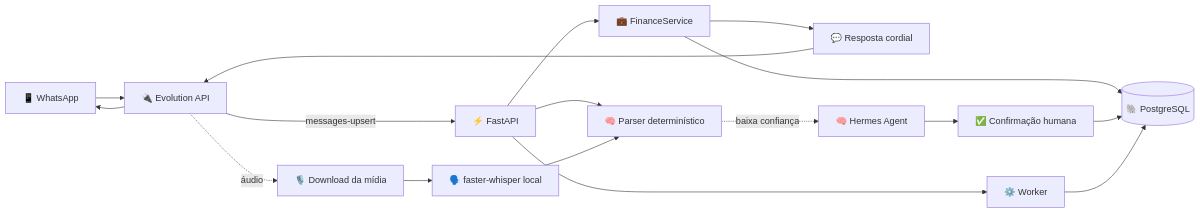
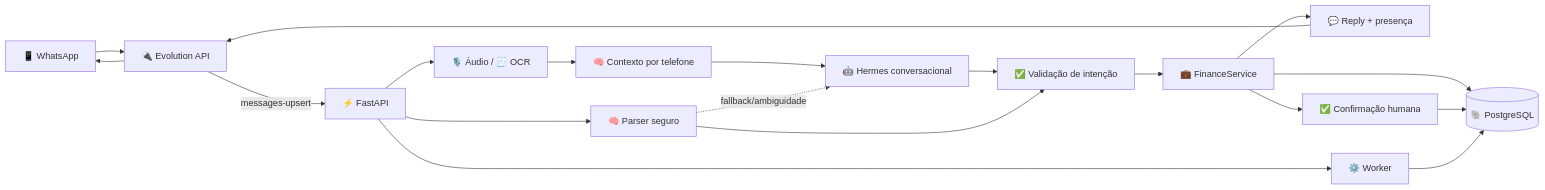
Before and after one commit to DevFbz/CofrinIA---Agente-Financeiro: the diagram in README.md, drawn with Mermaid. The commit also changed other lines of this file and 21 other files, not shown here.

````diff
--- a/README.md
+++ b/README.md
@@ -82,20 +84,21 @@
 ```mermaid
 flowchart LR
     W[📱 WhatsApp] --> E[🔌 Evolution API]
     E -->|messages-upsert| A[⚡ FastAPI]
-    A --> P[🧠 Parser determinístico]
-    A --> S[💼 FinanceService]
+    A --> M[🎙️ Áudio / 🧾 OCR]
+    M --> C[🧠 Contexto por telefone]
+    A --> P[🧠 Parser seguro]
+    C --> H[🤖 Hermes conversacional]
+    P -. fallback/ambiguidade .-> H
+    H --> V[✅ Validação de intenção]
+    P --> V
+    V --> S[💼 FinanceService]
     S --> D[(🐘 PostgreSQL)]
-    S --> R[💬 Resposta cordial]
+    S --> R[💬 Reply + presença]
     R --> E
     E --> W
-
-    E -. áudio .-> M[🎙️ Download da mídia]
-    M --> T[🗣️ faster-whisper local]
-    T --> P
-    P -. baixa confiança .-> H[🧠 Hermes Agent]
-    H --> C[✅ Confirmação humana]
-    C --> D
+    S --> CFM[✅ Confirmação humana]
+    CFM --> D
     A --> WKR[⚙️ Worker]
     WKR --> D
 ```
````
